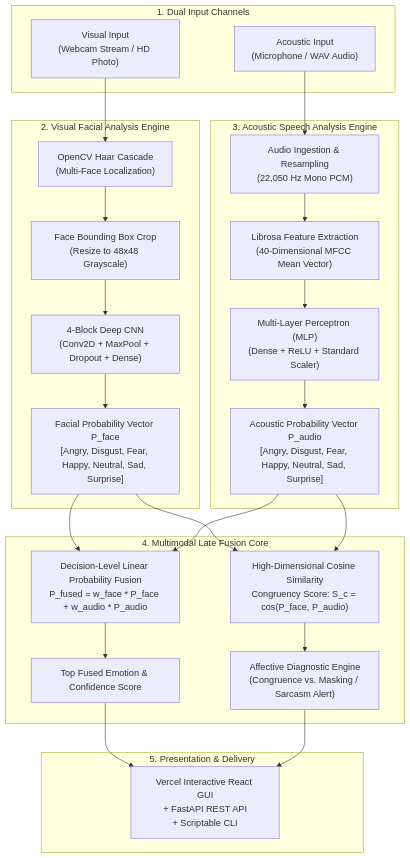
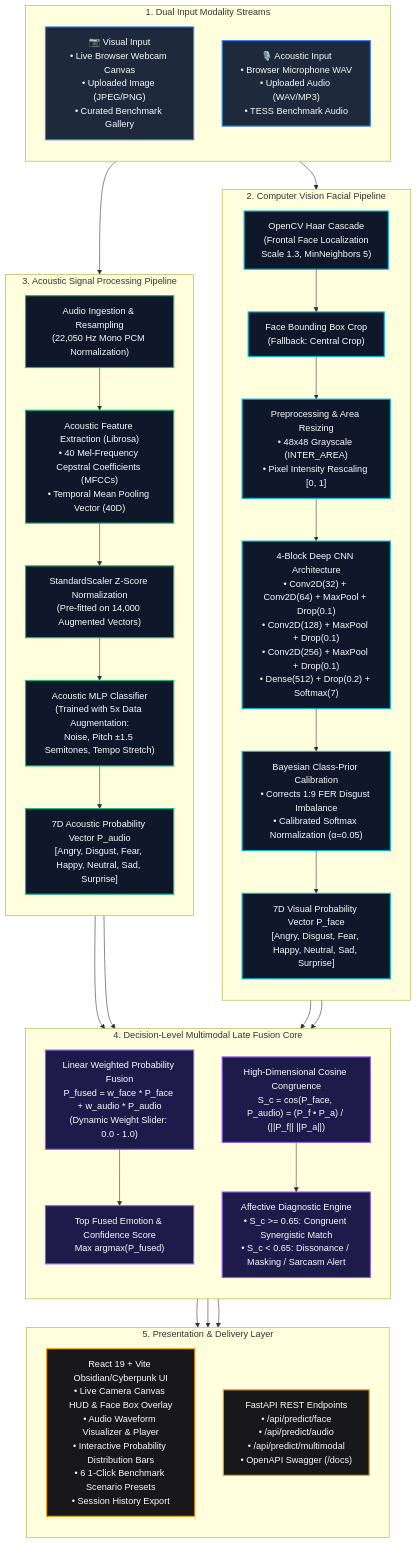
Before and after one commit to KornipatiAkash-1969/Facial-Audio-Emotion-Recognition: the diagram in README.md, drawn with Mermaid. The commit also changed other lines of this file, not shown here.

Commit message:
docs: update README with verified tech versions (React 19, Node 24, Python 3.13) and detailed system flowchart

````diff
--- a/README.md
+++ b/README.md
@@ -104,35 +83,62 @@
 ```mermaid
 flowchart TD
-    subgraph Inputs["1. Dual Input Channels"]
-        IMG["Visual Input\n(Webcam Stream / HD Photo)"]
-        AUD["Acoustic Input\n(Microphone / WAV Audio)"]
+    %% Input Sources
+    subgraph S1["1. Dual Input Modality Streams"]
+        direction TB
+        CAM["📷 Visual Input\n• Live Browser Webcam Canvas\n• Uploaded Image (JPEG/PNG)\n• Curated Benchmark Gallery"]
+        MIC["🎙️ Acoustic Input\n• Browser Microphone WAV\n• Uploaded Audio (WAV/MP3)\n• TESS Benchmark Audio"]
     end
 
-    subgraph VisualPipeline["2. Visual Facial Analysis Engine"]
-        IMG --> HAAR["OpenCV Haar Cascade\n(Multi-Face Localization)"]
-        HAAR --> CROP["Face Bounding Box Crop\n(Resize to 48x48 Grayscale)"]
-        CROP --> CNN["4-Block Deep CNN\n(Conv2D + MaxPool + Dropout + Dense)"]
-        CNN --> P_FACE["Facial Probability Vector P_face\n[Angry, Disgust, Fear, Happy, Neutral, Sad, Surprise]"]
+    %% Visual Pipeline
+    subgraph S2["2. Computer Vision Facial Pipeline"]
+        direction TB
+        CAM --> HAAR["OpenCV Haar Cascade\n(Frontal Face Localization\nScale 1.3, MinNeighbors 5)"]
+        HAAR --> CROP["Face Bounding Box Crop\n(Fallback: Central Crop)"]
+        CROP --> PREPROC["Preprocessing & Area Resizing\n• 48x48 Grayscale (INTER_AREA)\n• Pixel Intensity Rescaling [0, 1]"]
+        PREPROC --> CNN["4-Block Deep CNN Architecture\n• Conv2D(32) + Conv2D(64) + MaxPool + Drop(0.1)\n• Conv2D(128) + MaxPool + Drop(0.1)\n• Conv2D(256) + MaxPool + Drop(0.1)\n• Dense(512) + Drop(0.2) + Softmax(7)"]
+        CNN --> CALIB["Bayesian Class-Prior Calibration\n• Corrects 1:9 FER Disgust Imbalance\n• Calibrated Softmax Normalization (α=0.05)"]
+        CALIB --> P_FACE["7D Visual Probability Vector P_face\n[Angry, Disgust, Fear, Happy, Neutral, Sad, Surprise]"]
     end
 
-    subgraph AudioPipeline["3. Acoustic Speech Analysis Engine"]
-        AUD --> RESAMPLE["Audio Ingestion & Resampling\n(22,050 Hz Mono PCM)"]
-        RESAMPLE --> MFCC["Librosa Feature Extraction\n(40-Dimensional MFCC Mean Vector)"]
-        MFCC --> MLP["Multi-Layer Perceptron (MLP)\n(Dense + ReLU + Standard Scaler)"]
-        MLP --> P_AUDIO["Acoustic Probability Vector P_audio\n[Angry, Disgust, Fear, Happy, Neutral, Sad, Surprise]"]
+    %% Acoustic Pipeline
+    subgraph S3["3. Acoustic Signal Processing Pipeline"]
+        direction TB
+        MIC --> AUDIO_IN["Audio Ingestion & Resampling\n(22,050 Hz Mono PCM Normalization)"]
+        AUDIO_IN --> FEAT["Acoustic Feature Extraction (Librosa)\n• 40 Mel-Frequency Cepstral Coefficients (MFCCs)\n• Temporal Mean Pooling Vector (40D)"]
+        FEAT --> SCALER["StandardScaler Z-Score Normalization\n(Pre-fitted on 14,000 Augmented Vectors)"]
+        SCALER --> MLP["Acoustic MLP Classifier\n(Trained with 5x Data Augmentation:\nNoise, Pitch ±1.5 Semitones, Tempo Stretch)"]
+        MLP --> P_AUDIO["7D Acoustic Probability Vector P_audio\n[Angry, Disgust, Fear, Happy, Neutral, Sad, Surprise]"]
     end
 
-    subgraph FusionCore["4. Multimodal Late Fusion Core"]
-        P_FACE --> FUSE["Decision-Level Linear Probability Fusion\nP_fused = w_face * P_face + w_audio * P_audio"]
+    %% Fusion Engine
+    subgraph S4["4. Decision-Level Multimodal Late Fusion Core"]
+        direction TB
+        P_FACE --> FUSE["Linear Weighted Probability Fusion\nP_fused = w_face * P_face + w_audio * P_audio\n(Dynamic Weight Slider: 0.0 - 1.0)"]
         P_AUDIO --> FUSE
-        P_FACE --> SIM["High-Dimensional Cosine Similarity\nCongruency Score: S_c = cos(P_face, P_audio)"]
-        P_AUDIO --> SIM
-        FUSE --> TOP["Top Fused Emotion & Confidence Score"]
-        SIM --> DIAG["Affective Diagnostic Engine\n(Congruence vs. Masking / Sarcasm Alert)"]
+        P_FACE --> COS["High-Dimensional Cosine Congruence\nS_c = cos(P_face, P_audio) = (P_f • P_a) / (||P_f|| ||P_a||)"]
+        P_AUDIO --> COS
+        FUSE --> TOP["Top Fused Emotion & Confidence Score\nMax argmax(P_fused)"]
+        COS --> DIAG["Affective Diagnostic Engine\n• S_c >= 0.65: Congruent Synergistic Match\n• S_c < 0.65: Dissonance / Masking / Sarcasm Alert"]
     end
 
-    subgraph Presentation["5. Presentation & Delivery"]
-        TOP --> DASH["Vercel Interactive React GUI\n+ FastAPI REST API\n+ Scriptable CLI"]
-        DIAG --> DASH
+    %% Presentation Layer
+    subgraph S5["5. Presentation & Delivery Layer"]
+        direction TB
+        TOP --> UI["React 19 + Vite Obsidian/Cyberpunk UI\n• Live Camera Canvas HUD & Face Box Overlay\n• Audio Waveform Visualizer & Player\n• Interactive Probability Distribution Bars\n• 6 1-Click Benchmark Scenario Presets\n• Session History Export"]
+        DIAG --> UI
+        TOP --> API["FastAPI REST Endpoints\n• /api/predict/face\n• /api/predict/audio\n• /api/predict/multimodal\n• OpenAPI Swagger (/docs)"]
     end
+
+    %% Styling
+    classDef inputStyle fill:#1e293b,stroke:#3b82f6,stroke-width:2px,color:#f8fafc;
+    classDef visionStyle fill:#0f172a,stroke:#06b6d4,stroke-width:2px,color:#f8fafc;
+    classDef audioStyle fill:#0f172a,stroke:#10b981,stroke-width:2px,color:#f8fafc;
+    classDef fusionStyle fill:#1e1b4b,stroke:#8b5cf6,stroke-width:2px,color:#f8fafc;
+    classDef uiStyle fill:#18181b,stroke:#f59e0b,stroke-width:2px,color:#f8fafc;
+
+    class CAM,MIC inputStyle;
+    class HAAR,CROP,PREPROC,CNN,CALIB,P_FACE visionStyle;
+    class AUDIO_IN,FEAT,SCALER,MLP,P_AUDIO audioStyle;
+    class FUSE,COS,TOP,DIAG fusionStyle;
+    class UI,API uiStyle;
 ```
````
